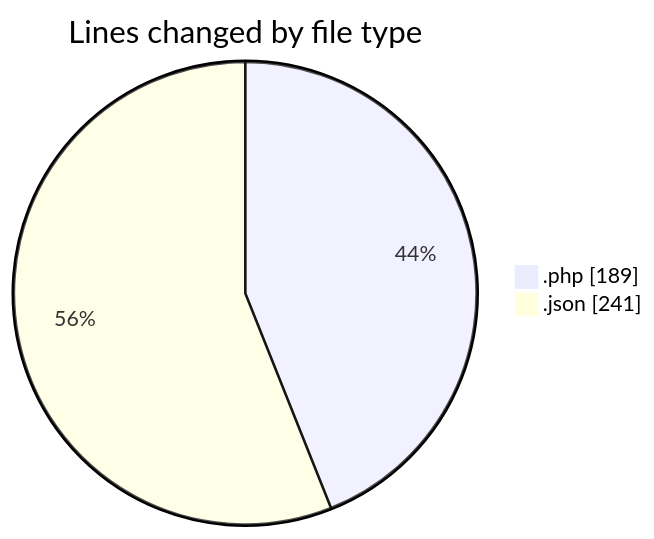
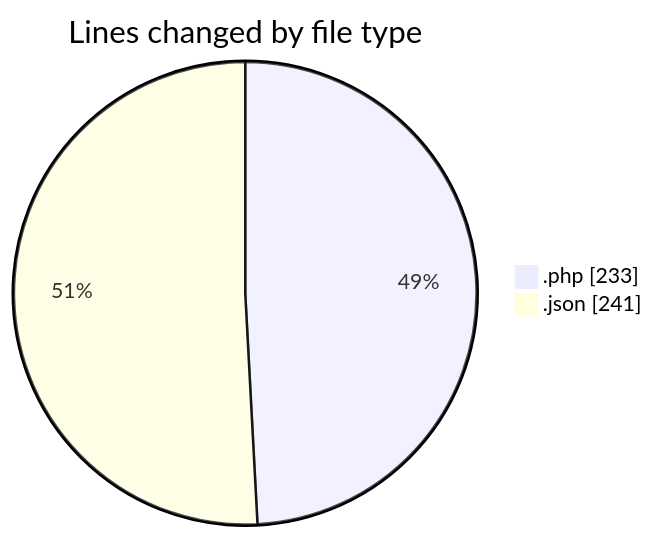
Before and after one commit to idhammustaqopulfikri/code-tracking: the first of 2 diagrams in 2025-03-28/autodidak/README.md, drawn with Mermaid. The commit also changed other lines of this file and 1 other file, not shown here.

````diff
--- a/2025-03-28/autodidak/README.md
+++ b/2025-03-28/autodidak/README.md
@@ -23,6 +23,6 @@
 ```mermaid
 pie showData
 title Lines changed by file type
-".php" : 189
+".php" : 233
 ".json" : 241
 ```
````
